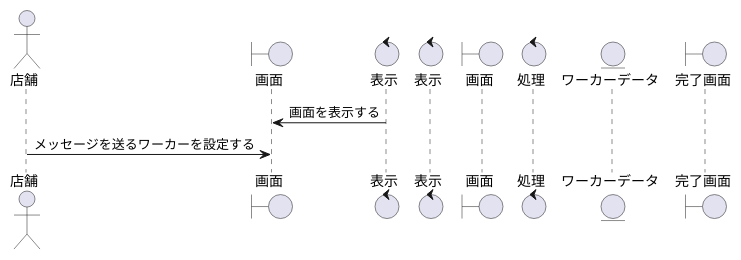
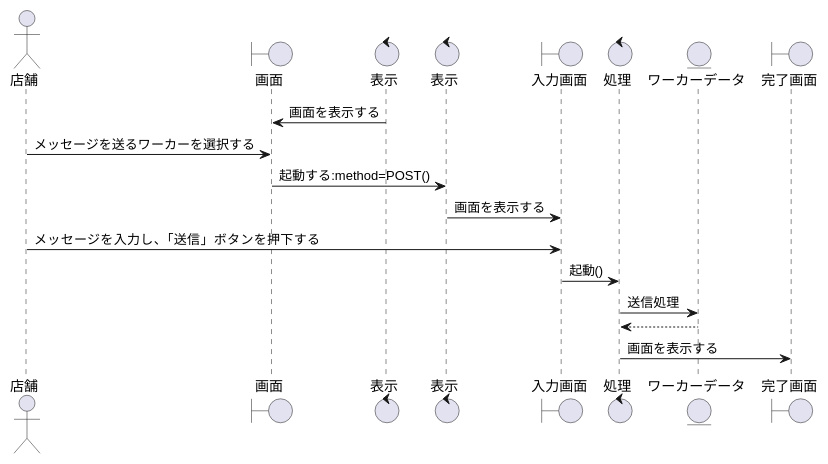
One commit to irukacb256/high_Me changed the diagram in sequence_fig/8_storeside_fn/07_メッセージでやり取りする.pu. Above: the diagram before and after it, drawn with PlantUML. The commit also changed 11 other files, not shown here.

```diff
--- a/sequence_fig/8_storeside_fn/07_メッセージでやり取りする.pu
+++ b/sequence_fig/8_storeside_fn/07_メッセージでやり取りする.pu
@@ -1,14 +1,23 @@
 @startuml メッセージでやり取りする
 
 actor 店舗 as cp1
 boundary 画面 as b1
 control 表示 as co1
 control 表示 as co2
-boundary 画面 as b2
+boundary 入力画面 as b2
 control 処理 as co3
-entity ワーカーデータ as e1
+entity ワーカーデータ as en1
 boundary 完了画面 as b3
 
 b1 <- co1 :画面を表示する
-cp1 -> b1 :メッセージを送るワーカーを設定する
+cp1 -> b1 :メッセージを送るワーカーを選択する
+b1 -> co2 :起動する:method=POST()
+
+co2 -> b2 :画面を表示する
+cp1 -> b2 :メッセージを入力し、「送信」ボタンを押下する
+b2 -> co3 :起動()
+co3 -> en1 :送信処理
+co3 <-- en1 
+co3 -> b3 :画面を表示する
+
 @enduml
```
